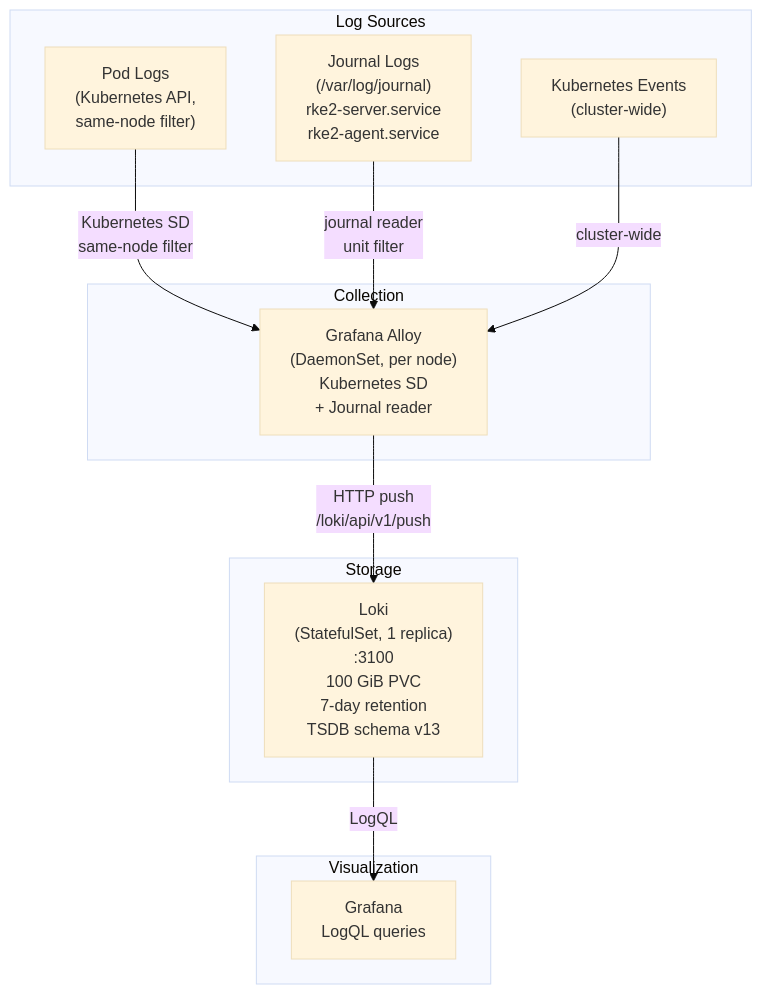
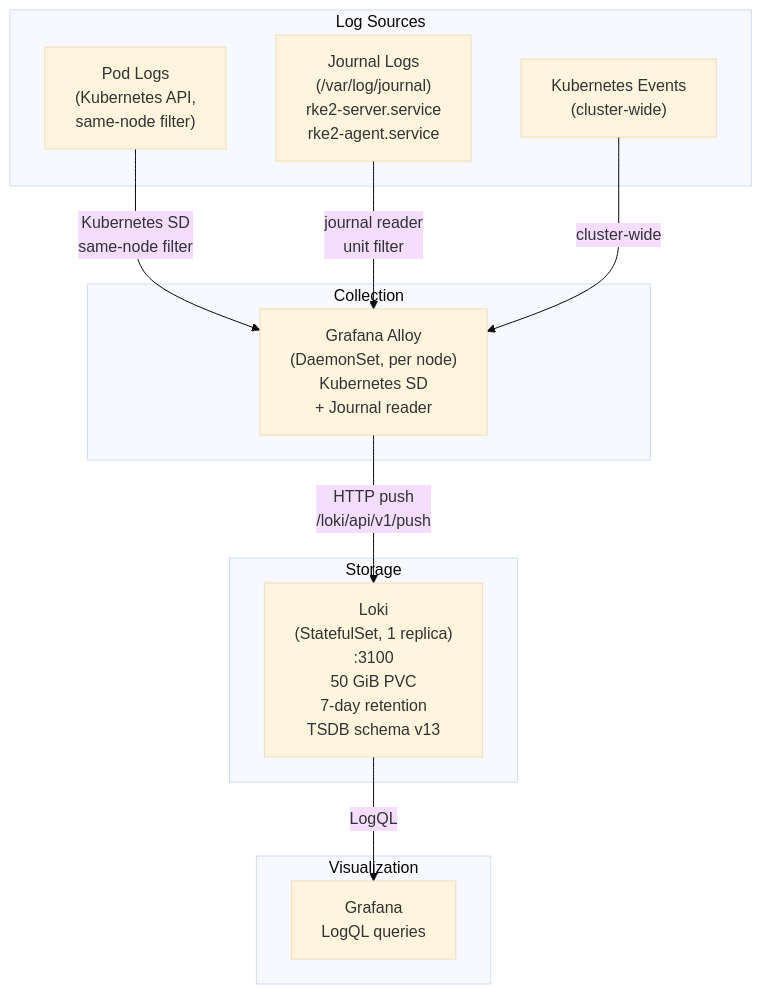
Before and after one commit to derhornspieler/harvester-rke2-platform: diagram 20 of 26 in docs/engineering/system-architecture.md, drawn with Mermaid (base theme). The commit also changed other lines of this file and 40 other files, not shown here.

````diff
--- a/docs/engineering/system-architecture.md
+++ b/docs/engineering/system-architecture.md
@@ -986,27 +990,27 @@
 ```mermaid
 graph TD
     subgraph LogSources["Log Sources"]
         PodLogs["Pod Logs<br/>(Kubernetes API,<br/>same-node filter)"]
         JournalLogs["Journal Logs<br/>(/var/log/journal)<br/>rke2-server.service<br/>rke2-agent.service"]
         K8sEvents["Kubernetes Events<br/>(cluster-wide)"]
     end
 
     subgraph LogCollection["Collection"]
         Alloy["Grafana Alloy<br/>(DaemonSet, per node)<br/>Kubernetes SD<br/>+ Journal reader"]
     end
 
     subgraph LogStorage["Storage"]
-        Loki["Loki<br/>(StatefulSet, 1 replica)<br/>:3100<br/>100 GiB PVC<br/>7-day retention<br/>TSDB schema v13"]
+        Loki["Loki<br/>(StatefulSet, 1 replica)<br/>:3100<br/>50 GiB PVC<br/>7-day retention<br/>TSDB schema v13"]
     end
 
     subgraph LogViz["Visualization"]
         GrafanaL["Grafana<br/>LogQL queries"]
     end
 
     PodLogs -->|"Kubernetes SD<br/>same-node filter"| Alloy
     JournalLogs -->|"journal reader<br/>unit filter"| Alloy
     K8sEvents -->|"cluster-wide"| Alloy
 
     Alloy -->|"HTTP push<br/>/loki/api/v1/push"| Loki
     Loki -->|"LogQL"| GrafanaL
 ```
````
